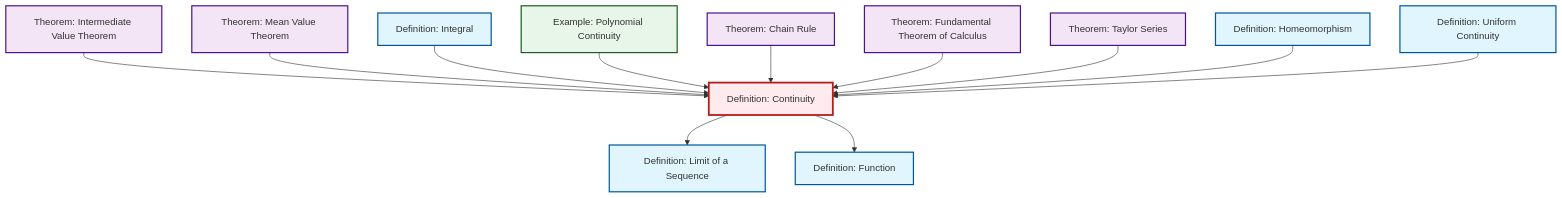
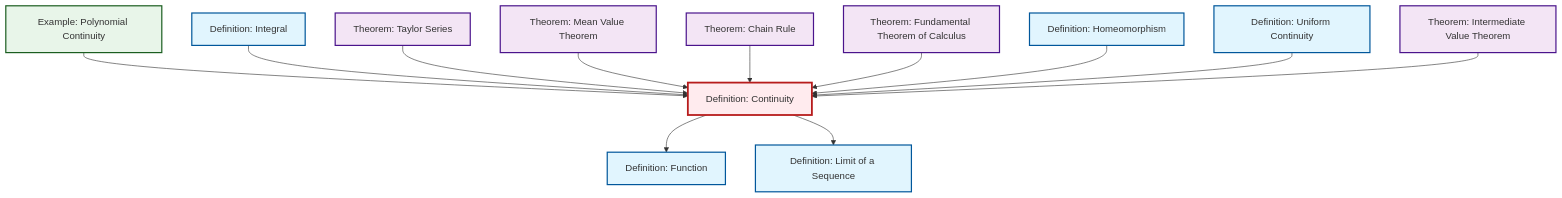
The diagram in content/en/analysis/def-continuity.qmd (RK0429/ModernMath), drawn with Mermaid before and after one commit. The commit also changed other lines of this file and 619 other files, not shown here.

````diff
--- a/content/en/analysis/def-continuity.qmd
+++ b/content/en/analysis/def-continuity.qmd
@@ -58,44 +58,44 @@
 ```{mermaid}
 %%| fig-cap: "Local dependency graph"
 graph TD
     classDef definition fill:#e1f5fe,stroke:#01579b,stroke-width:2px
     classDef theorem fill:#f3e5f5,stroke:#4a148c,stroke-width:2px
     classDef axiom fill:#fff3e0,stroke:#e65100,stroke-width:2px
     classDef example fill:#e8f5e9,stroke:#1b5e20,stroke-width:2px
     classDef current fill:#ffebee,stroke:#b71c1c,stroke-width:3px
+    thm-intermediate-value["Theorem: Intermediate Value Theorem"]:::theorem
+    ex-polynomial-continuity["Example: Polynomial Continuity"]:::example
+    thm-chain-rule["Theorem: Chain Rule"]:::theorem
+    thm-taylor-series["Theorem: Taylor Series"]:::theorem
     def-integral["Definition: Integral"]:::definition
-    ex-polynomial-continuity["Example: Polynomial Continuity"]:::example
-    thm-intermediate-value["Theorem: Intermediate Value Theorem"]:::theorem
+    def-uniform-continuity["Definition: Uniform Continuity"]:::definition
+    def-homeomorphism["Definition: Homeomorphism"]:::definition
+    def-limit["Definition: Limit of a Sequence"]:::definition
     thm-mean-value["Theorem: Mean Value Theorem"]:::theorem
-    def-uniform-continuity["Definition: Uniform Continuity"]:::definition
+    def-continuity["Definition: Continuity"]:::definition
     def-function["Definition: Function"]:::definition
-    thm-chain-rule["Theorem: Chain Rule"]:::theorem
-    def-homeomorphism["Definition: Homeomorphism"]:::definition
     thm-fundamental-calculus["Theorem: Fundamental Theorem of Calculus"]:::theorem
-    thm-taylor-series["Theorem: Taylor Series"]:::theorem
-    def-limit["Definition: Limit of a Sequence"]:::definition
-    def-continuity["Definition: Continuity"]:::definition
-    thm-intermediate-value --> def-continuity
-    def-continuity --> def-limit
+    ex-polynomial-continuity --> def-continuity
+    def-integral --> def-continuity
+    thm-taylor-series --> def-continuity
     thm-mean-value --> def-continuity
     def-continuity --> def-function
-    def-integral --> def-continuity
-    ex-polynomial-continuity --> def-continuity
     thm-chain-rule --> def-continuity
     thm-fundamental-calculus --> def-continuity
-    thm-taylor-series --> def-continuity
     def-homeomorphism --> def-continuity
     def-uniform-continuity --> def-continuity
+    def-continuity --> def-limit
+    thm-intermediate-value --> def-continuity
     class def-continuity current
+    click thm-intermediate-value "thm-intermediate-value.html" "Go to Intermediate Value Theorem theorem"
+    click ex-polynomial-continuity "ex-polynomial-continuity.html" "Go to Polynomial Continuity example"
+    click thm-chain-rule "thm-chain-rule.html" "Go to Chain Rule theorem"
+    click thm-taylor-series "thm-taylor-series.html" "Go to Taylor Series theorem"
     click def-integral "def-integral.html" "Go to Integral definition"
-    click ex-polynomial-continuity "ex-polynomial-continuity.html" "Go to Polynomial Continuity example"
-    click thm-intermediate-value "thm-intermediate-value.html" "Go to Intermediate Value Theorem theorem"
+    click def-uniform-continuity "def-uniform-continuity.html" "Go to Uniform Continuity definition"
+    click def-homeomorphism "def-homeomorphism.html" "Go to Homeomorphism definition"
+    click def-limit "def-limit.html" "Go to Limit of a Sequence definition"
     click thm-mean-value "thm-mean-value.html" "Go to Mean Value Theorem theorem"
-    click def-uniform-continuity "def-uniform-continuity.html" "Go to Uniform Continuity definition"
     click def-function "def-function.html" "Go to Function definition"
-    click thm-chain-rule "thm-chain-rule.html" "Go to Chain Rule theorem"
-    click def-homeomorphism "def-homeomorphism.html" "Go to Homeomorphism definition"
     click thm-fundamental-calculus "thm-fundamental-calculus.html" "Go to Fundamental Theorem of Calculus theorem"
-    click thm-taylor-series "thm-taylor-series.html" "Go to Taylor Series theorem"
-    click def-limit "def-limit.html" "Go to Limit of a Sequence definition"
 ```
````
